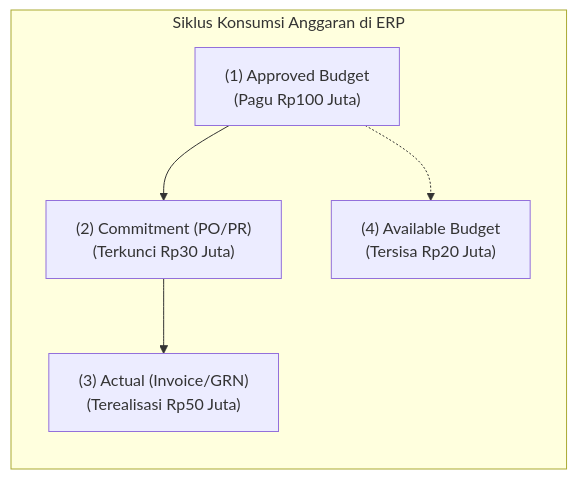
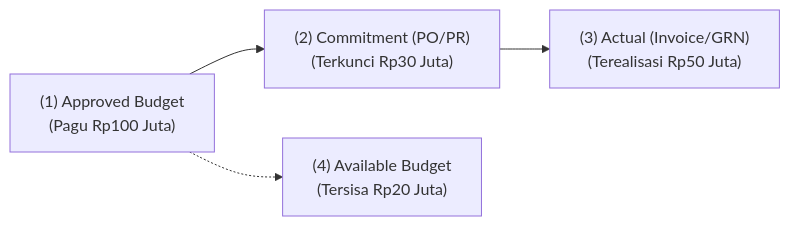
Before and after one commit to alimurrofid/erp-notes: the first of 2 diagrams in content/07-finance/budget-management.md, drawn with Mermaid. The commit also changed 58 other files, not shown here.

Commit message:
fix(content):Mermaid Subgraph

````diff
--- a/content/07-finance/budget-management.md
+++ b/content/07-finance/budget-management.md
@@ -18,12 +18,10 @@
 ```mermaid
 flowchart LR
-    subgraph BudgetLifecycle["Siklus Konsumsi Anggaran di ERP"]
         Appr["(1) Approved Budget<br/>(Pagu Rp100 Juta)"]
         Comm["(2) Commitment (PO/PR)<br/>(Terkunci Rp30 Juta)"]
         Act["(3) Actual (Invoice/GRN)<br/>(Terealisasi Rp50 Juta)"]
         Avail["(4) Available Budget<br/>(Tersisa Rp20 Juta)"]
-    end
     Appr --> Comm
     Comm --> Act
     Appr -.-> Avail
 ```
````
